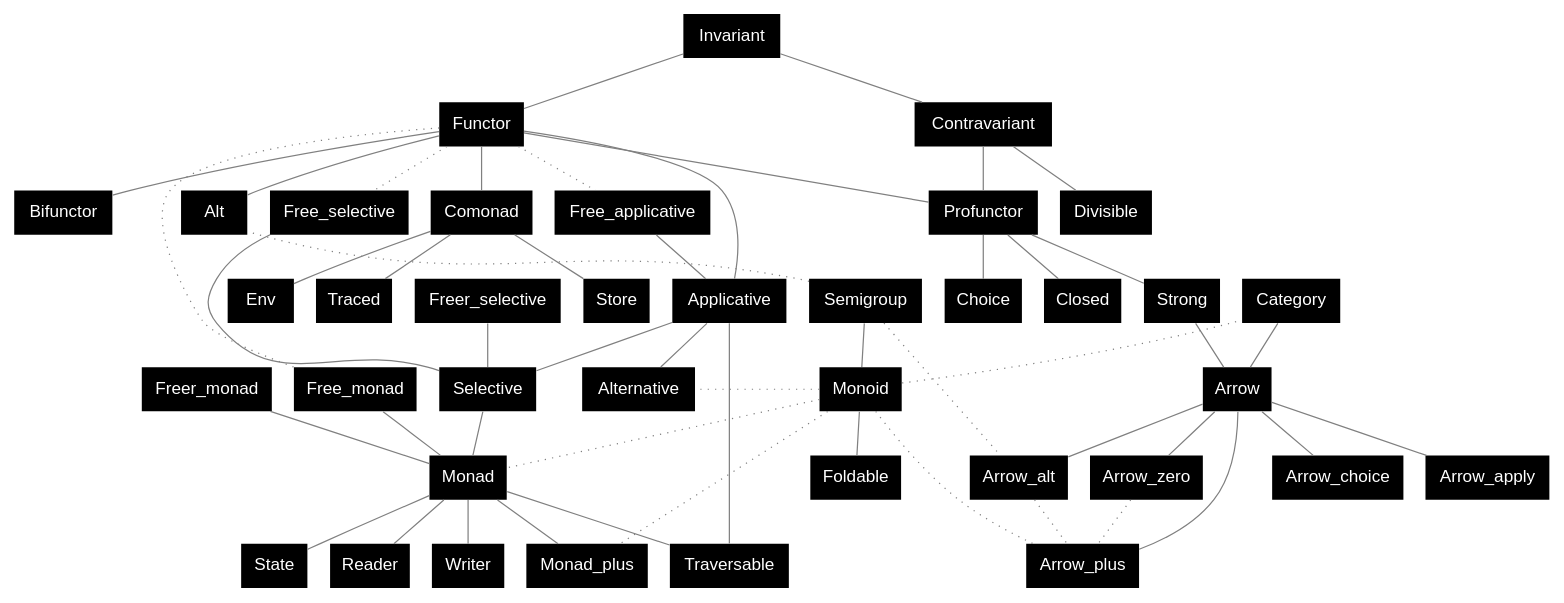
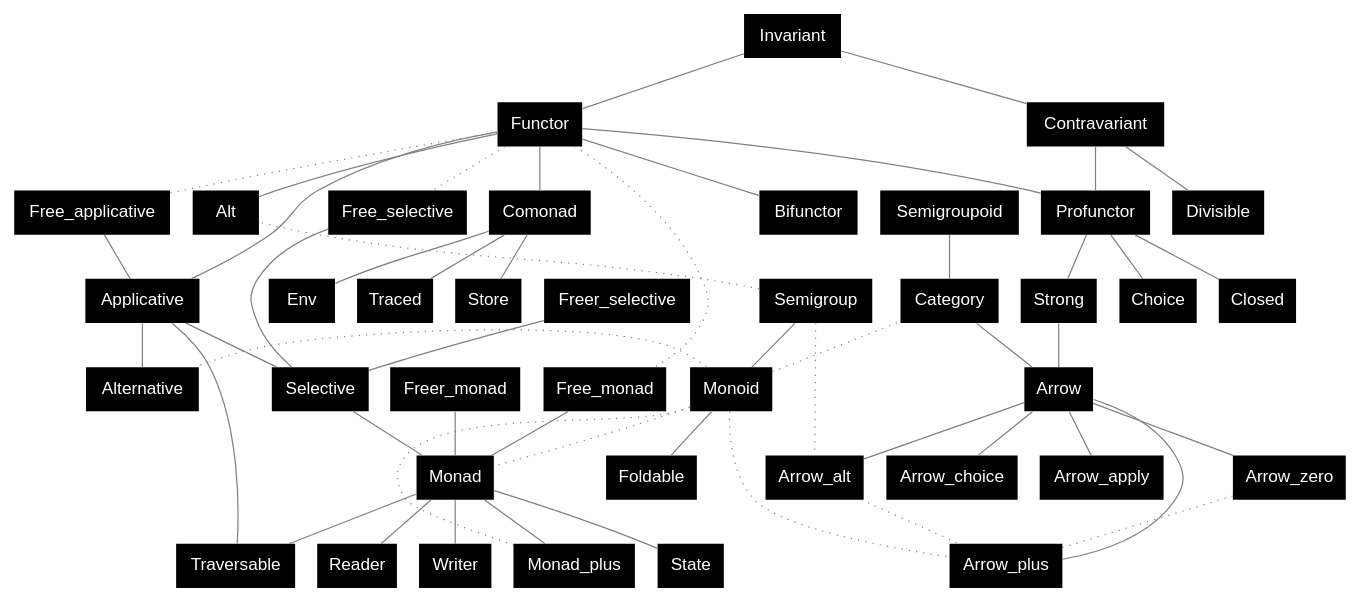
The diagram in .github/dot/specs.dot (xvw/preface), drawn with Graphviz before and after one commit. The commit also changed 17 other files, not shown here.

```diff
--- a/.github/dot/specs.dot
+++ b/.github/dot/specs.dot
@@ -1,67 +1,68 @@
 graph {
         node [shape=plaintext; fontname = "Helvetica"; style=filled; fillcolor=black; fontcolor=white];
         edge [color = gray];
 
         Invariant;
         Invariant -- Functor;
         Invariant -- Contravariant;
         Contravariant;
         Divisible;
         Functor -- Applicative -- Selective --  Monad;
         Applicative -- Alternative;
         Monad -- Monad_plus;
         Functor -- Alt;
         Functor -- Comonad;
         
         Semigroup -- Monoid;
         Monoid -- Alternative [style=dotted; arrowhead=none; constraint=false];
         Monoid -- Monad_plus [style=dotted; arrowhead=none; constraint=false];
         Semigroup -- Alt [style=dotted; arrowhead=none; constraint=false];
         Monoid -- Monad [style=dotted; arrowhead=none];
         Monoid -- Foldable;
 
         Functor -- Free_selective [style=dotted; arrowhead=none];
         Functor -- Free_applicative [style=dotted; arrowhead=none];
         Functor -- Free_monad [style=dotted; arrowhead=none];
         
         Free_selective -- Selective;
         Freer_selective -- Selective;
         Free_applicative -- Applicative;
         Free_monad -- Monad;
         Freer_monad -- Monad;
 
         Profunctor;
         Bifunctor;
 
         Contravariant -- Divisible;
         Contravariant -- Profunctor;
         Functor -- Profunctor;
         Functor -- Bifunctor;
 
         Monad --State;
         Monad -- Reader;
         Monad -- Writer;
 
         Comonad -- Store;
         Comonad -- Env;
         Comonad -- Traced;
 
         Applicative -- Traversable;
         Monad -- Traversable;
 
         Monoid -- Category [style=dotted; arrowhead=none; constraint=false];
+        Semigroupoid -- Category
         Category -- Arrow;
         Profunctor -- Strong;
         Profunctor -- Choice;
         Profunctor -- Closed;
         Strong -- Arrow;
         Arrow -- Arrow_zero;
         Arrow -- Arrow_alt;
         Arrow -- Arrow_plus;
         Arrow -- Arrow_choice;
         Arrow -- Arrow_apply;
         Arrow_zero -- Arrow_plus [style=dotted; arrowhead=none];
         Arrow_alt -- Arrow_plus [style=dotted; arrowhead=none];
         Monoid -- Arrow_plus [style=dotted; arrowhead=none];
         Semigroup -- Arrow_alt [style=dotted; arrowhead=none];
 }
```
